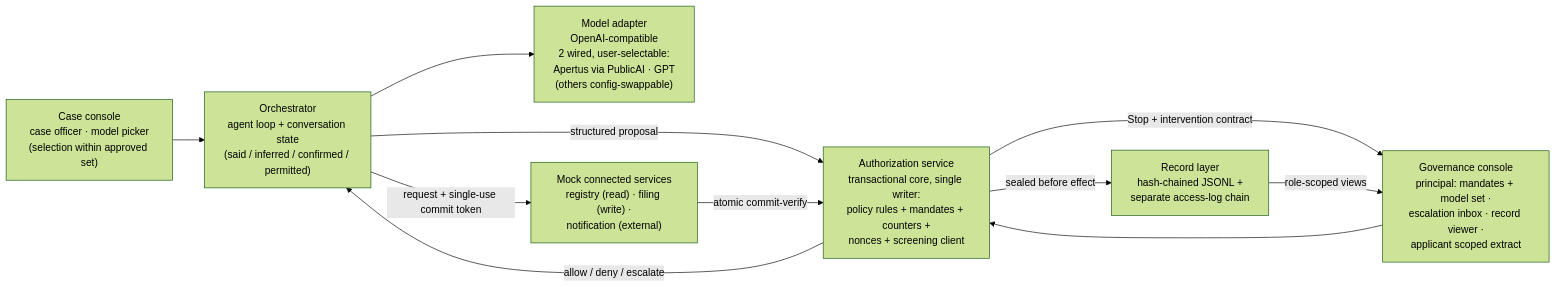
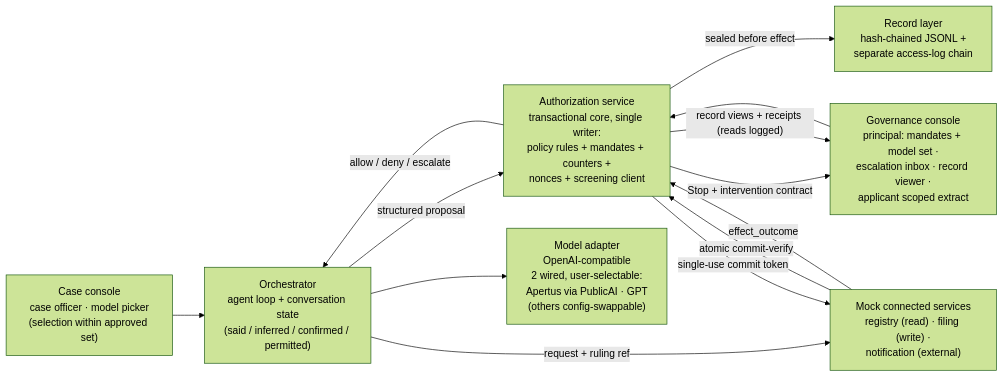
The diagram in docs/wip/runtime-gates-poc-spec.md (robertschaub/our-ai-charter), drawn with Mermaid (forest theme) before and after one commit. The commit also changed other lines of this file and 2 other files, not shown here.

````diff
--- a/docs/wip/runtime-gates-poc-spec.md
+++ b/docs/wip/runtime-gates-poc-spec.md
@@ -50,13 +50,15 @@
 ```mermaid
 flowchart LR
     CO["Case console<br/>case officer · model picker<br/>(selection within approved set)"] --> O
     GC["Governance console<br/>principal: mandates + model set ·<br/>escalation inbox · record viewer ·<br/>applicant scoped extract"] --> G
     O["Orchestrator<br/>agent loop + conversation state<br/>(said / inferred / confirmed / permitted)"] --> M["Model adapter<br/>OpenAI-compatible<br/>2 wired, user-selectable:<br/>Apertus via PublicAI · GPT<br/>(others config-swappable)"]
     O -- "structured proposal" --> G["Authorization service<br/>transactional core, single writer:<br/>policy rules + mandates + counters +<br/>nonces + screening client"]
     G -- "allow / deny / escalate" --> O
     G -- "Stop + intervention contract" --> GC
-    O -- "request + single-use commit token" --> S["Mock connected services<br/>registry (read) · filing (write) ·<br/>notification (external)"]
+    O -- "request + ruling ref" --> S["Mock connected services<br/>registry (read) · filing (write) ·<br/>notification (external)"]
     S -- "atomic commit-verify" --> G
+    G -- "single-use commit token" --> S
+    S -- "effect_outcome" --> G
     G -- "sealed before effect" --> R["Record layer<br/>hash-chained JSONL +<br/>separate access-log chain"]
-    R -- "role-scoped views" --> GC
+    G -- "record views + receipts (reads logged)" --> GC
 ```
````
